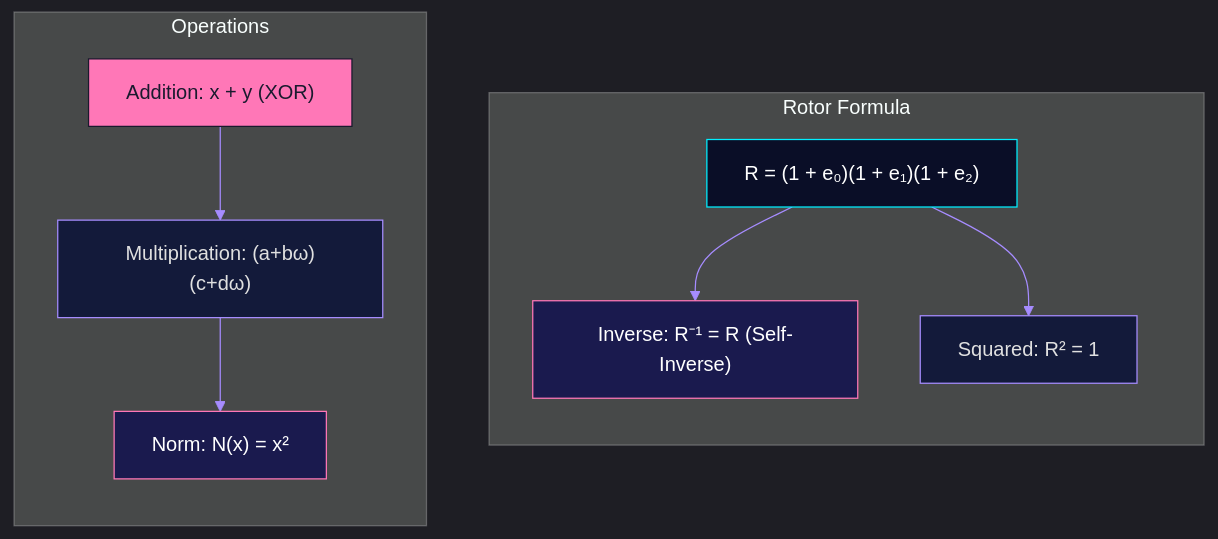
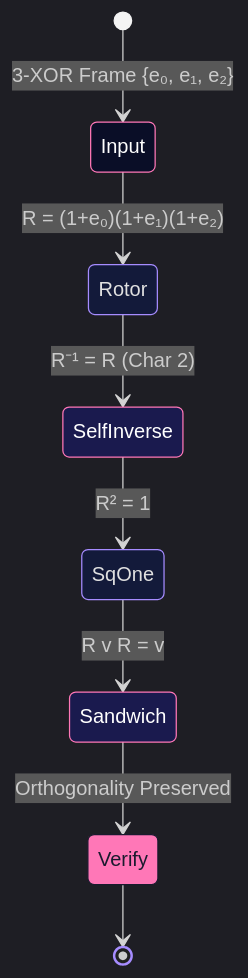
Before and after one commit to jesusvilela/lambda-sat-solver: the sixth of 19 diagrams in README.md, drawn with Mermaid. The commit also changed other lines of this file and 2 other files, not shown here.

````diff
--- a/README.md
+++ b/README.md
@@ -324,29 +345,18 @@
 ```mermaid
 %%{init: {'theme': 'dark', 'themeVariables': {'primaryColor': '#00f0ff', 'primaryTextColor': '#e0e0e0', 'primaryBorderColor': '#ff77b7', 'lineColor': '#a68cff'}}}%%
-graph TB
-    subgraph "Rotor Formula"
-        direction TB
-        R["R = (1 + e₀)(1 + e₁)(1 + e₂)"]
-        I["Inverse: R⁻¹ = R (Self-Inverse)"]
-        S["Squared: R² = 1"]
-    end
+stateDiagram-v2
+    [*] --> Input: 3-XOR Frame {e₀, e₁, e₂}
+    Input --> Rotor: R = (1+e₀)(1+e₁)(1+e₂)
+    Rotor --> SelfInverse: R⁻¹ = R (Char 2)
+    SelfInverse --> SqOne: R² = 1
+    SqOne --> Sandwich: R v R = v
+    Sandwich --> Verify: Orthogonality Preserved
+    Verify --> [*]
 
-    subgraph "Operations"
-        direction TB
-        add["Addition: x + y (XOR)"]
-        mul["Multiplication: (a+bω)(c+dω)"]
-        norm["Norm: N(x) = x²"]
-    end
-
-    R --> I
-    R --> S
-    add --> mul
-    mul --> norm
-
-    style R fill:#0a0e27,stroke:#00f0ff,color:#fff
-    style I fill:#1a1a4e,stroke:#ff77b7,color:#fff
-    style S fill:#131a3a,stroke:#a68cff,color:#e0e0e0
-    style add fill:#ff77b7,stroke:#1a1a2e,color:#1a1a2e
-    style mul fill:#131a3a,stroke:#a68cff,color:#e0e0e0
-    style norm fill:#1a1a4e,stroke:#ff77b7,color:#fff
+    style Input fill:#0a0e27,stroke:#ff77b7,color:#fff
+    style Rotor fill:#131a3a,stroke:#a68cff,color:#e0e0e0
+    style SelfInverse fill:#1a1a4e,stroke:#ff77b7,color:#fff
+    style SqOne fill:#131a3a,stroke:#a68cff,color:#e0e0e0
+    style Sandwich fill:#1a1a4e,stroke:#ff77b7,color:#fff
+    style Verify fill:#ff77b7,stroke:#1a1a2e,color:#1a1a2e
 ```
````
